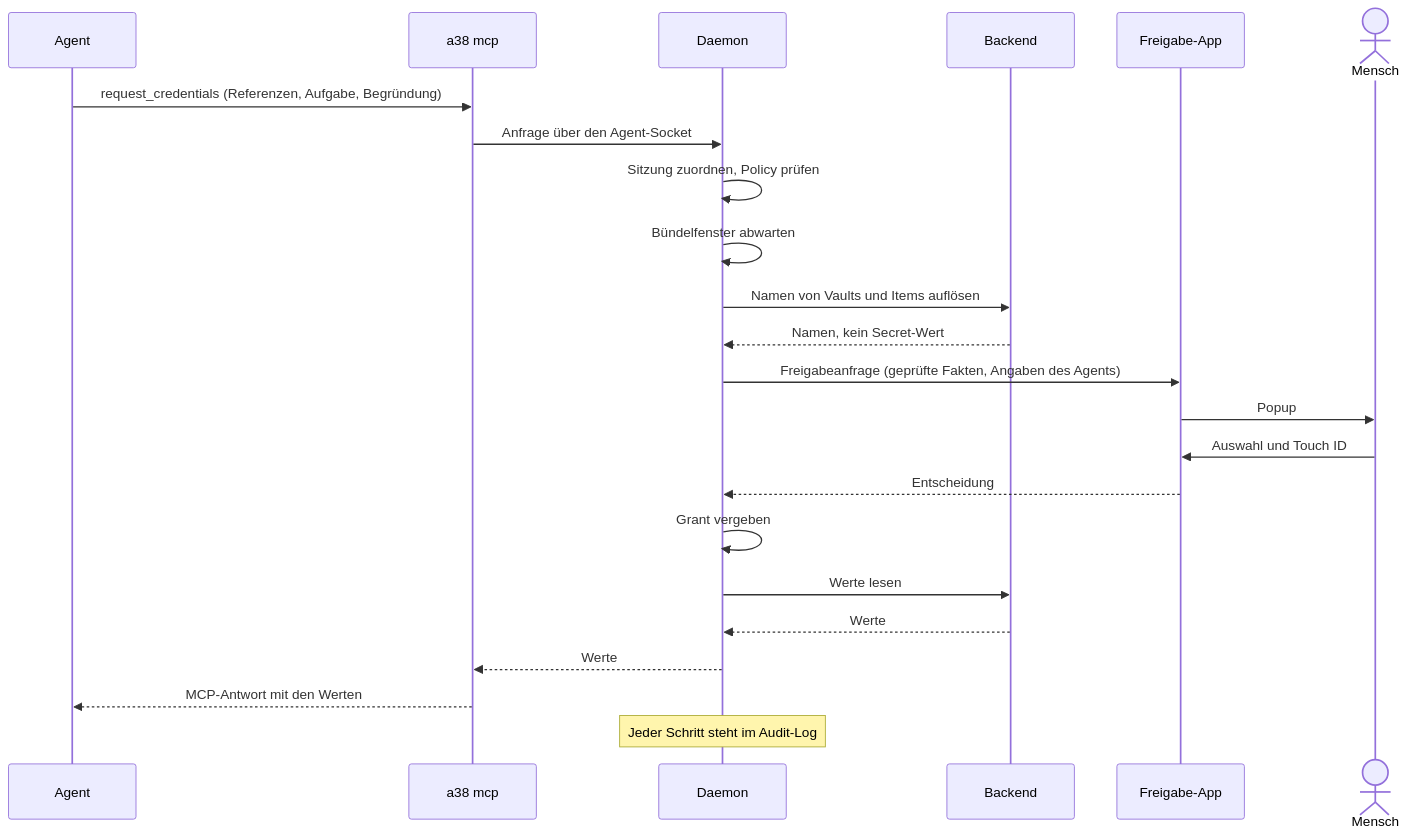
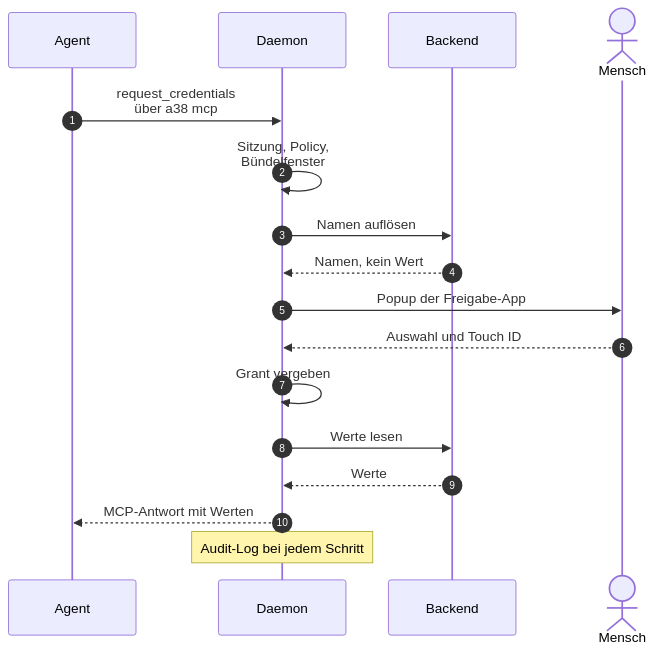
The diagram in docs/design/use-cases/UC1_ein-agent-fordert-zugangsdaten-an.md (seletz/passierschein), drawn with Mermaid before and after one commit. The commit also changed 5 other files, not shown here.

Commit message:
docs(design): show the sequence diagram before the flow text and make it narrower

````diff
--- a/docs/design/use-cases/UC1_ein-agent-fordert-zugangsdaten-an.md
+++ b/docs/design/use-cases/UC1_ein-agent-fordert-zugangsdaten-an.md
@@ -37,25 +23,19 @@
 ```mermaid
 sequenceDiagram
+    autonumber
     participant A as Agent
-    participant M as a38 mcp
     participant D as Daemon
     participant B as Backend
-    participant U as Freigabe-App
     actor H as Mensch
-    A->>M: request_credentials (Referenzen, Aufgabe, Begründung)
-    M->>D: Anfrage über den Agent-Socket
-    D->>D: Sitzung zuordnen, Policy prüfen
-    D->>D: Bündelfenster abwarten
-    D->>B: Namen von Vaults und Items auflösen
-    B-->>D: Namen, kein Secret-Wert
-    D->>U: Freigabeanfrage (geprüfte Fakten, Angaben des Agents)
-    U->>H: Popup
-    H->>U: Auswahl und Touch ID
-    U-->>D: Entscheidung
+    A->>D: request_credentials<br/>über a38 mcp
+    D->>D: Sitzung, Policy,<br/>Bündelfenster
+    D->>B: Namen auflösen
+    B-->>D: Namen, kein Wert
+    D->>H: Popup der Freigabe-App
+    H-->>D: Auswahl und Touch ID
     D->>D: Grant vergeben
     D->>B: Werte lesen
     B-->>D: Werte
-    D-->>M: Werte
-    M-->>A: MCP-Antwort mit den Werten
-    Note over D: Jeder Schritt steht im Audit-Log
+    D-->>A: MCP-Antwort mit Werten
+    Note over D: Audit-Log bei jedem Schritt
 ```
````
